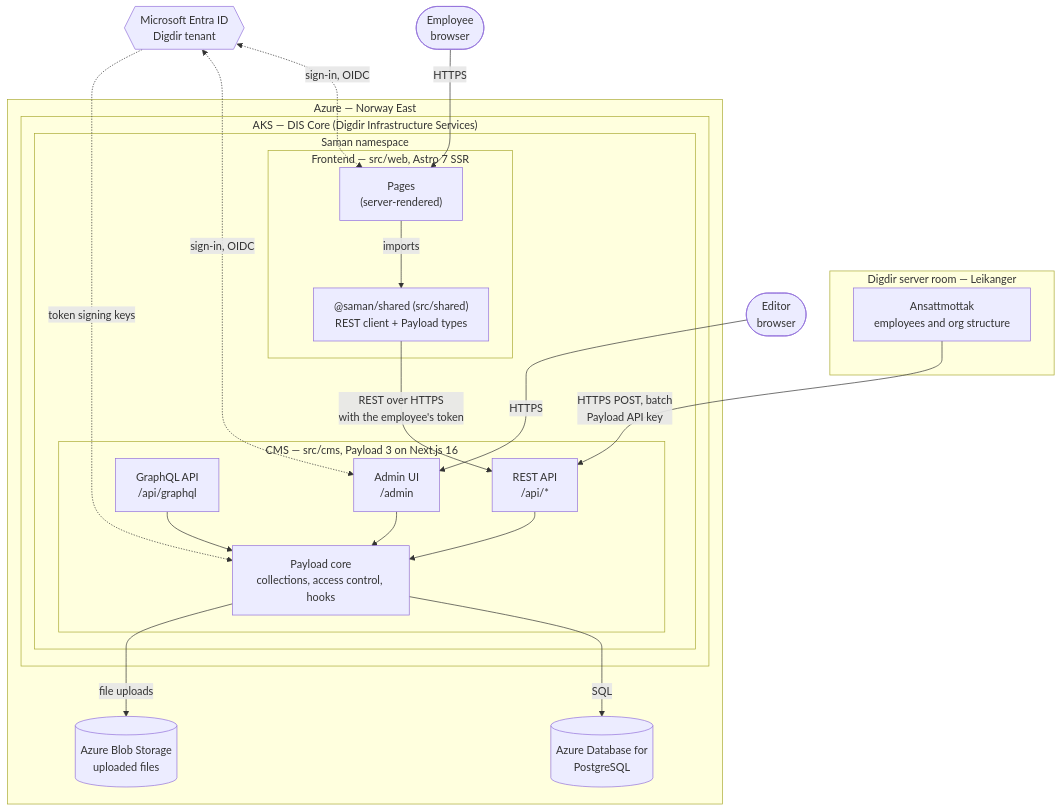
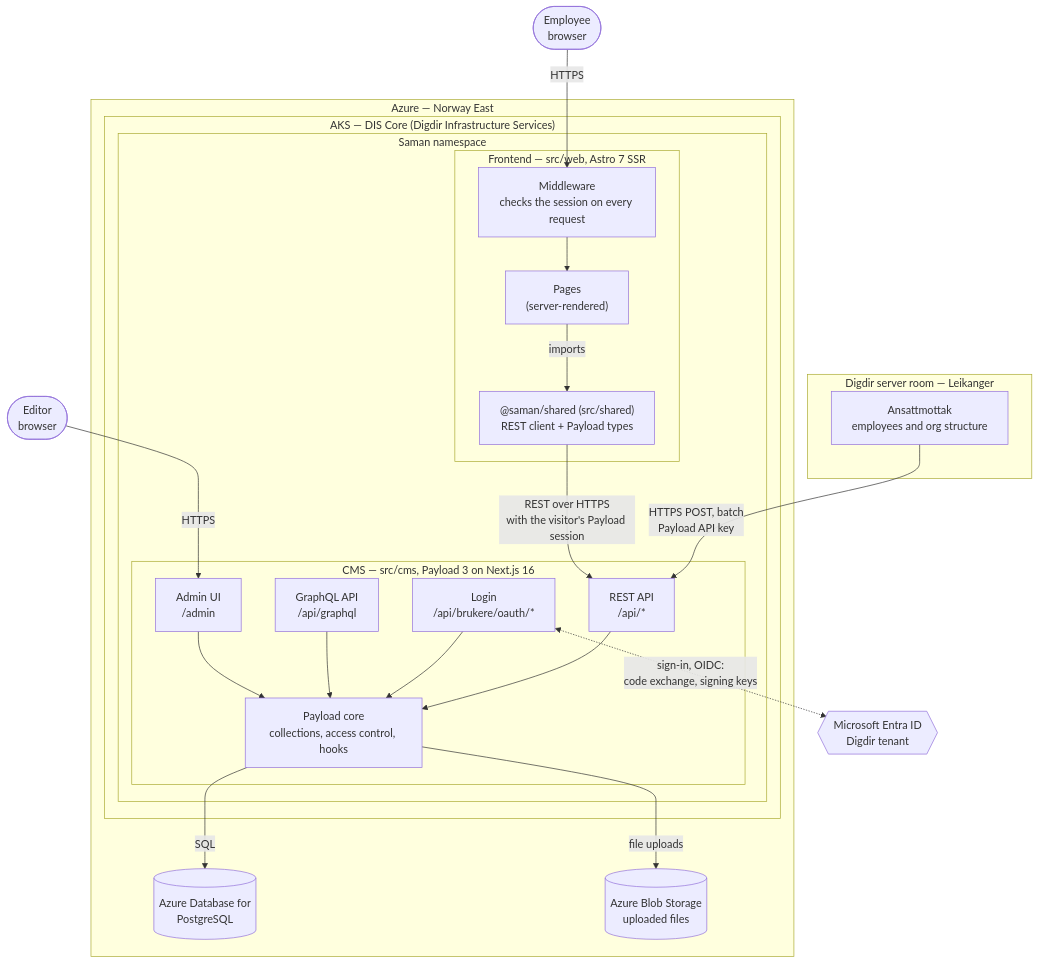
The diagram in docs/diagrams/architecture.md (digdir/saman), drawn with Mermaid before and after one commit. The commit also changed other lines of this file and 1 other file, not shown here.

First line of the commit message:
Show the built login in the architecture overview (#29)

````diff
--- a/docs/diagrams/architecture.md
+++ b/docs/diagrams/architecture.md
@@ -23,45 +24,47 @@
 ```mermaid
 flowchart TB
     employee(["Employee<br/>browser"])
     editor(["Editor<br/>browser"])
     entra{{"Microsoft Entra ID<br/>Digdir tenant"}}
 
     subgraph leikanger["Digdir server room — Leikanger"]
         ansattmottak["Ansattmottak<br/>employees and org structure"]
     end
 
     subgraph azure["Azure — Norway East"]
         subgraph aks["AKS — DIS Core (Digdir Infrastructure Services)"]
             subgraph ns["Saman namespace"]
                 subgraph web["Frontend — src/web, Astro 7 SSR"]
+                    middleware["Middleware<br/>checks the session on every request"]
                     pages["Pages<br/>(server-rendered)"]
                     client["@saman/shared (src/shared)<br/>REST client + Payload types"]
                 end
 
                 subgraph cms["CMS — src/cms, Payload 3 on Next.js 16"]
                     rest["REST API<br/>/api/*"]
+                    login["Login<br/>/api/brukere/oauth/*"]
                     graphql["GraphQL API<br/>/api/graphql"]
                     admin["Admin UI<br/>/admin"]
                     core["Payload core<br/>collections, access control, hooks"]
                 end
             end
         end
 
         db[("Azure Database for<br/>PostgreSQL")]
         media[("Azure Blob Storage<br/>uploaded files")]
     end
 
-    employee -- "HTTPS" --> pages
+    employee -- "HTTPS" --> middleware
     editor -- "HTTPS" --> admin
     ansattmottak -- "HTTPS POST, batch<br/>Payload API key" --> rest
-    entra <-. "sign-in, OIDC" .-> pages
-    entra <-. "sign-in, OIDC" .-> admin
+    login <-. "sign-in, OIDC:<br/>code exchange, signing keys" .-> entra
+    middleware --> pages
     pages -- "imports" --> client
-    client -- "REST over HTTPS<br/>with the employee's token" --> rest
+    client -- "REST over HTTPS<br/>with the visitor's Payload session" --> rest
     rest --> core
+    login --> core
     graphql --> core
     admin --> core
-    entra -. "token signing keys" .-> core
     core -- "SQL" --> db
     core -- "file uploads" --> media
 ```
````
